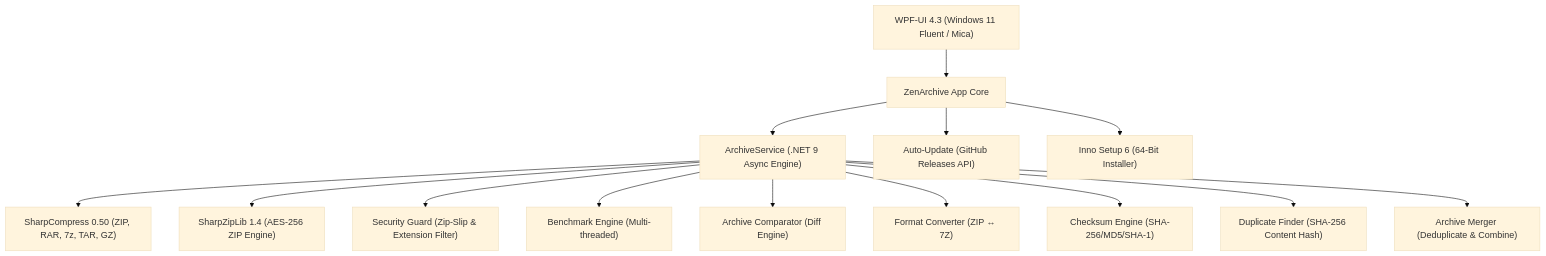
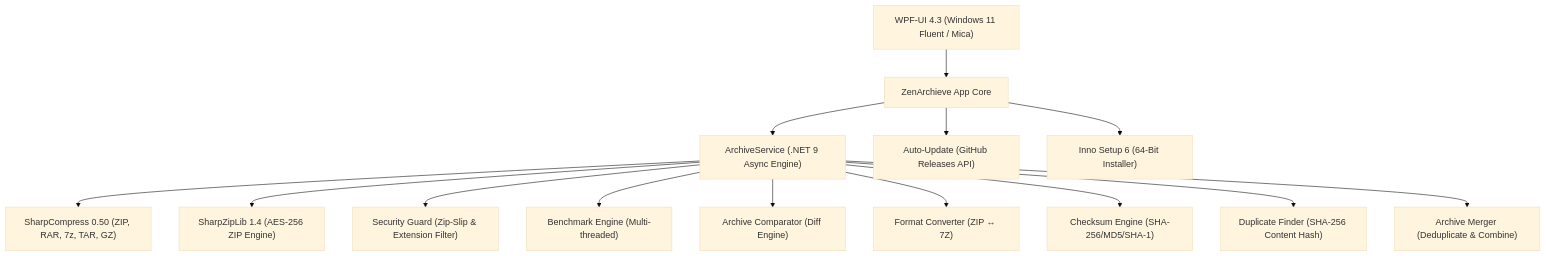
One commit to Tabish955/ZenArchieve changed the diagram in README.md. Above: the diagram before and after it, drawn with Mermaid (base theme). The commit also changed other lines of this file and 12 other files, not shown here.

Commit message:
fix(branding): standardize application name to ZenArchieve across all files, UI, and scripts; refine auto-update

````diff
--- a/README.md
+++ b/README.md
@@ -165,16 +165,16 @@
 ```mermaid
 graph TD
-    UI["WPF-UI 4.3 (Windows 11 Fluent / Mica)"] --> App["ZenArchive App Core"]
+    UI["WPF-UI 4.3 (Windows 11 Fluent / Mica)"] --> App["ZenArchieve App Core"]
     App --> Service["ArchiveService (.NET 9 Async Engine)"]
     Service --> SC["SharpCompress 0.50 (ZIP, RAR, 7z, TAR, GZ)"]
     Service --> SZ["SharpZipLib 1.4 (AES-256 ZIP Engine)"]
     Service --> Sec["Security Guard (Zip-Slip & Extension Filter)"]
     Service --> Bench["Benchmark Engine (Multi-threaded)"]
     Service --> Compare["Archive Comparator (Diff Engine)"]
     Service --> Convert["Format Converter (ZIP ↔ 7Z)"]
     Service --> Hash["Checksum Engine (SHA-256/MD5/SHA-1)"]
     Service --> Dupes["Duplicate Finder (SHA-256 Content Hash)"]
     Service --> Merge["Archive Merger (Deduplicate & Combine)"]
     App --> Update["Auto-Update (GitHub Releases API)"]
     App --> Setup["Inno Setup 6 (64-Bit Installer)"]
 ```
````
